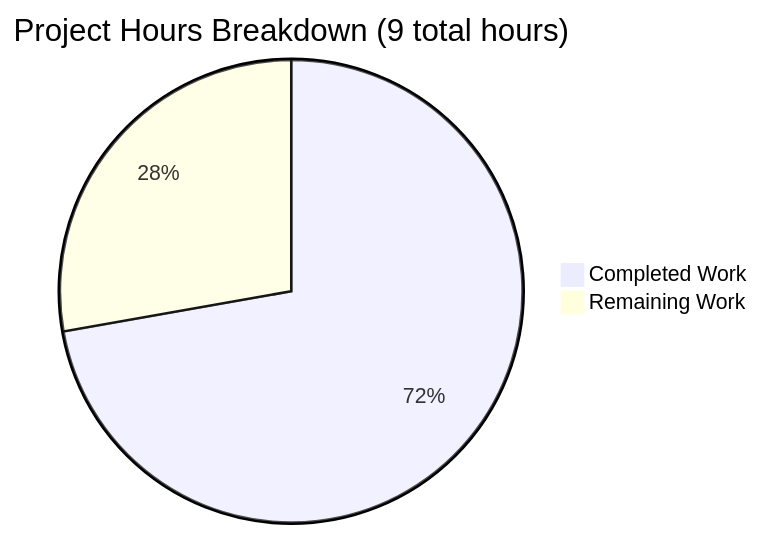
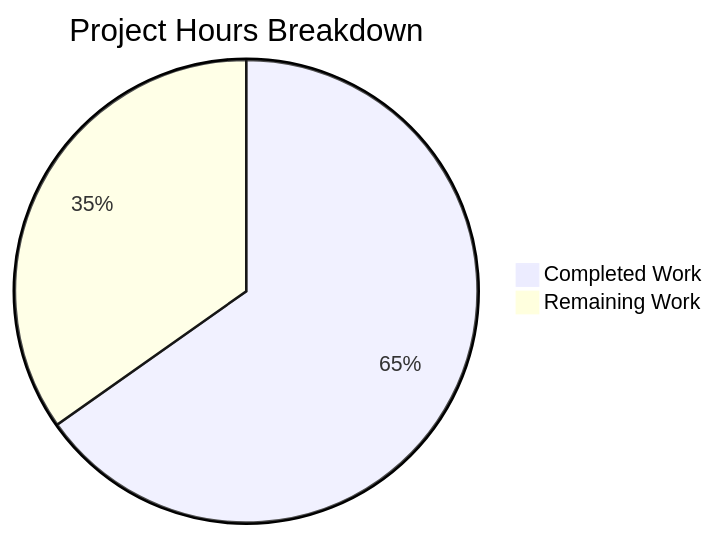
One commit to prasad-blitzy/quick-repo-4 changed the diagram in blitzy/documentation/Project Guide.md. Above: the diagram before and after it, drawn with Mermaid. The commit also changed other lines of this file, not shown here.

Commit message:
Adding Blitzy Project Guide: Project Status and Human Tasks Remaining

````diff
--- a/blitzy/documentation/Project Guide.md
+++ b/blitzy/documentation/Project Guide.md
@@ -117,5 +61,5 @@
 ```mermaid
-pie title Project Hours Breakdown (9 total hours)
-    "Completed Work" : 6.5
-    "Remaining Work" : 2.5
+pie title Project Hours Breakdown
+    "Completed Work" : 15
+    "Remaining Work" : 8
 ```
````
